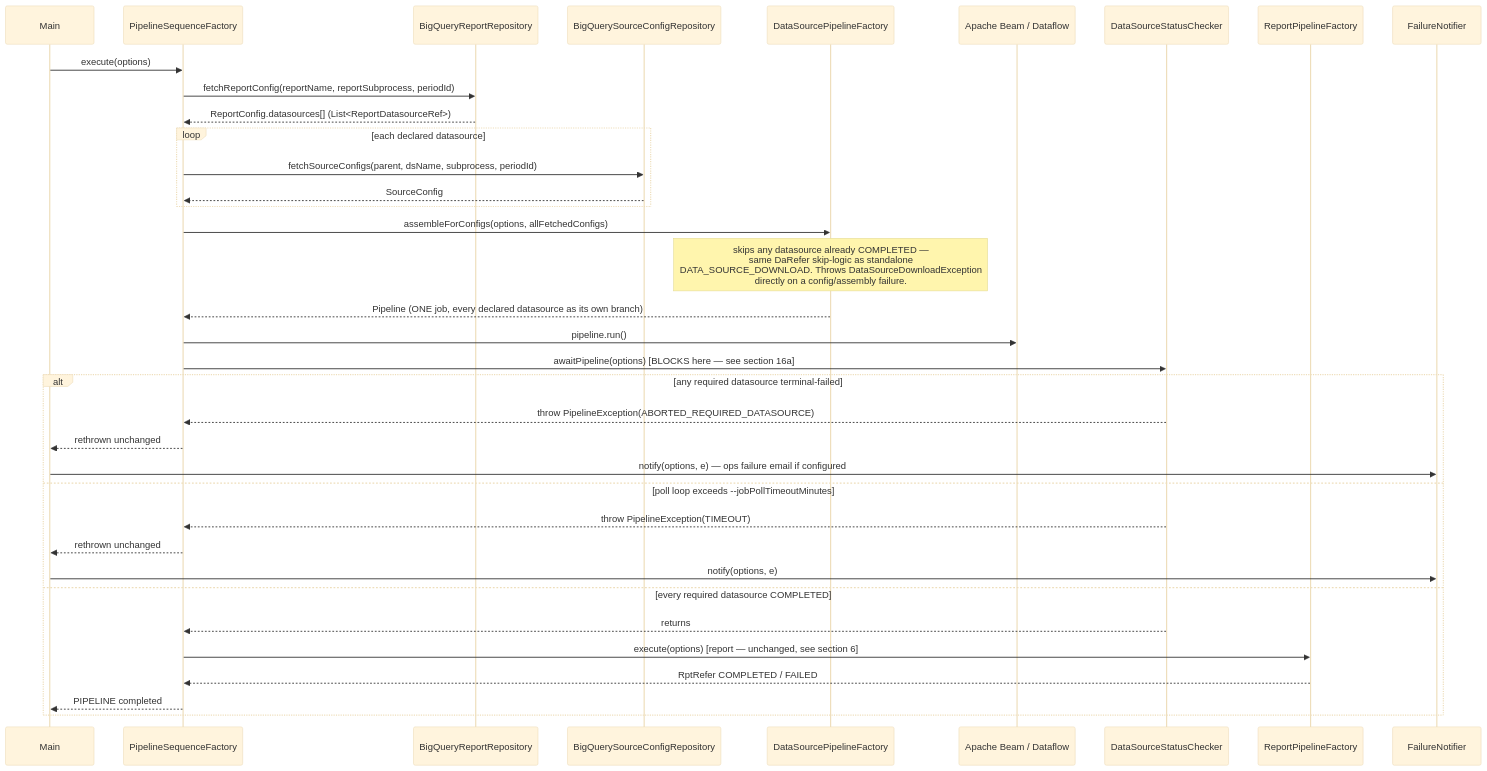
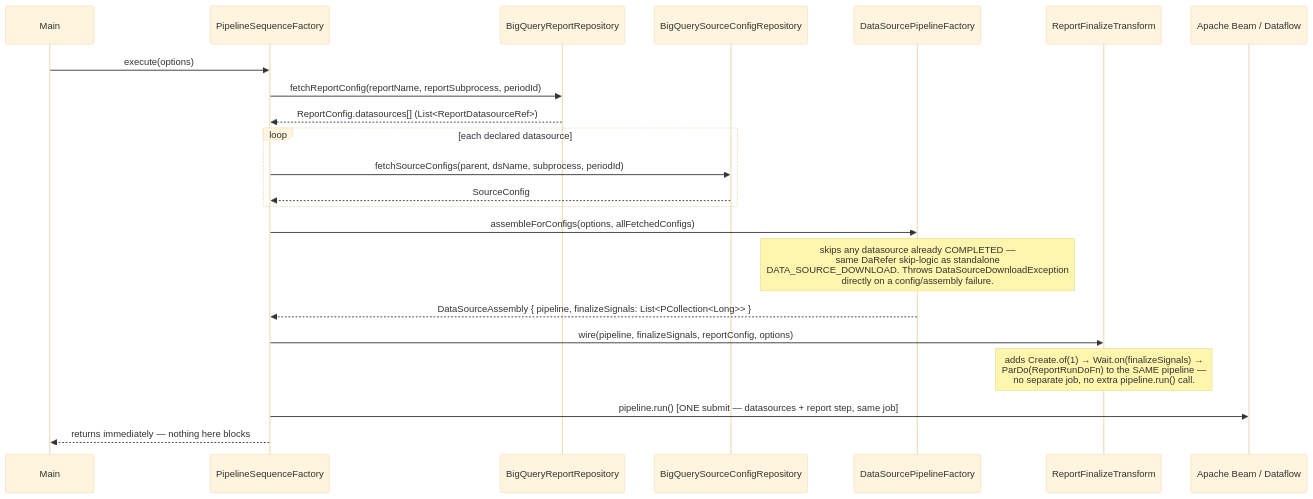
Diagram 15 of 17 in WALKTHROUGH.md (tushark-16bit/beam_framework), drawn with Mermaid (base theme) before and after one commit. The commit also changed other lines of this file and 16 other files, not shown here.

````diff
--- a/WALKTHROUGH.md
+++ b/WALKTHROUGH.md
@@ -898,42 +925,29 @@
 ```mermaid
 sequenceDiagram
     participant Main
     participant PSF as PipelineSequenceFactory
     participant RR as BigQueryReportRepository
     participant SCR as BigQuerySourceConfigRepository
     participant DSF as DataSourcePipelineFactory
+    participant RFT as ReportFinalizeTransform
     participant Beam as Apache Beam / Dataflow
-    participant DSC as DataSourceStatusChecker
-    participant RPF as ReportPipelineFactory
-    participant FN as FailureNotifier
 
     Main->>PSF: execute(options)
     PSF->>RR: fetchReportConfig(reportName, reportSubprocess, periodId)
     RR-->>PSF: ReportConfig.datasources[] (List<ReportDatasourceRef>)
 
     loop each declared datasource
         PSF->>SCR: fetchSourceConfigs(parent, dsName, subprocess, periodId)
         SCR-->>PSF: SourceConfig
     end
 
     PSF->>DSF: assembleForConfigs(options, allFetchedConfigs)
     Note over DSF: skips any datasource already COMPLETED —<br/>same DaRefer skip-logic as standalone<br/>DATA_SOURCE_DOWNLOAD. Throws DataSourceDownloadException<br/>directly on a config/assembly failure.
-    DSF-->>PSF: Pipeline (ONE job, every declared datasource as its own branch)
-    PSF->>Beam: pipeline.run()
+    DSF-->>PSF: DataSourceAssembly { pipeline, finalizeSignals: List<PCollection<Long>> }
 
-    PSF->>DSC: awaitPipeline(options)   [BLOCKS here — see section 16a]
-    alt any required datasource terminal-failed
-        DSC-->>PSF: throw PipelineException(ABORTED_REQUIRED_DATASOURCE)
-        PSF-->>Main: rethrown unchanged
-        Main->>FN: notify(options, e) — ops failure email if configured
-    else poll loop exceeds --jobPollTimeoutMinutes
-        DSC-->>PSF: throw PipelineException(TIMEOUT)
-        PSF-->>Main: rethrown unchanged
-        Main->>FN: notify(options, e)
-    else every required datasource COMPLETED
-        DSC-->>PSF: returns
-        PSF->>RPF: execute(options)   [report — unchanged, see section 6]
-        RPF-->>PSF: RptRefer COMPLETED / FAILED
-        PSF-->>Main: PIPELINE completed
-    end
+    PSF->>RFT: wire(pipeline, finalizeSignals, reportConfig, options)
+    Note over RFT: adds Create.of(1) → Wait.on(finalizeSignals) →<br/>ParDo(ReportRunDoFn) to the SAME pipeline —<br/>no separate job, no extra pipeline.run() call.
+
+    PSF->>Beam: pipeline.run()   [ONE submit — datasources + report step, same job]
+    PSF-->>Main: returns immediately — nothing here blocks
 ```
````
